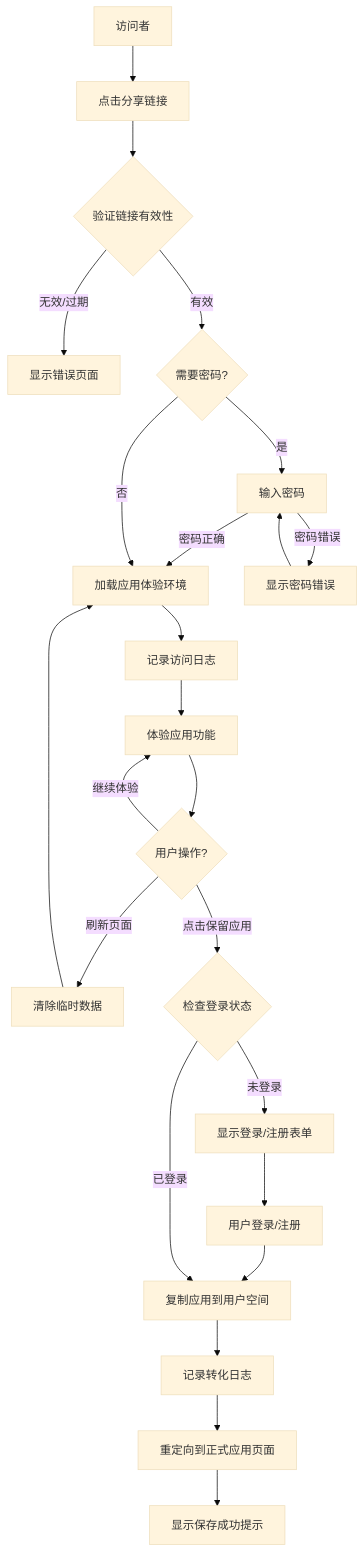
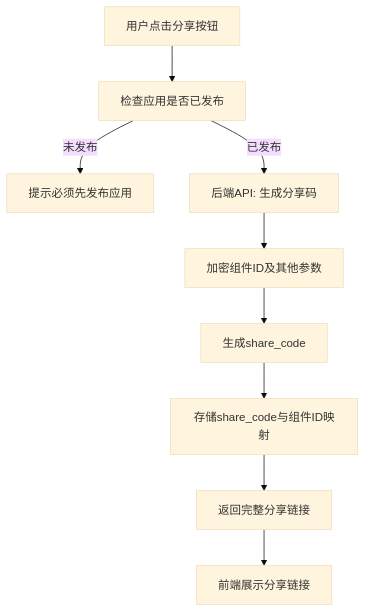
One commit to yingjianzh/iodraw-files changed the diagram in all/未命名-64.md. Above: the diagram before and after it, drawn with Mermaid (base theme).

Commit message:
2025-05-21 18:13:57 update

````diff
--- a/all/未命名-64.md
+++ b/all/未命名-64.md
@@ -1,38 +1,13 @@
 ```mermaid
 flowchart TD
-    A[访问者] --> B[点击分享链接]
-    B --> C{验证链接有效性}
-    C -->|无效/过期| D[显示错误页面]
-    C -->|有效| E{需要密码?}
+    A[用户点击分享按钮] --> B[检查应用是否已发布]
+    B -->|未发布| C[提示必须先发布应用]
+    B -->|已发布| D[后端API: 生成分享码]
+    D --> E[加密组件ID及其他参数]
+    E --> F[生成share_code]
+    F --> G[存储share_code与组件ID映射]
+    G --> H[返回完整分享链接]
+    H --> I[前端展示分享链接]
     
-    E -->|是| F[输入密码]
-    F -->|密码正确| G[加载应用体验环境]
-    F -->|密码错误| H[显示密码错误]
-    H --> F
-    
-    E -->|否| G
-    
-    G --> I[记录访问日志]
-    I --> J[体验应用功能]
-    
-    J --> K{用户操作?}
-    K -->|继续体验| J
-    K -->|刷新页面| L[清除临时数据]
-    L --> G
-    
-    K -->|点击保留应用| M{检查登录状态}
-    M -->|未登录| N[显示登录/注册表单]
-    N --> O[用户登录/注册]
-    O --> P[复制应用到用户空间]
-    
-    M -->|已登录| P
-    
-    P --> Q[记录转化日志]
-    Q --> R[重定向到正式应用页面]
-    R --> S[显示保存成功提示]
-    
-    style C decision
-    style E decision
-    style K decision
-    style M decision
+    style B decision
 ```
````
